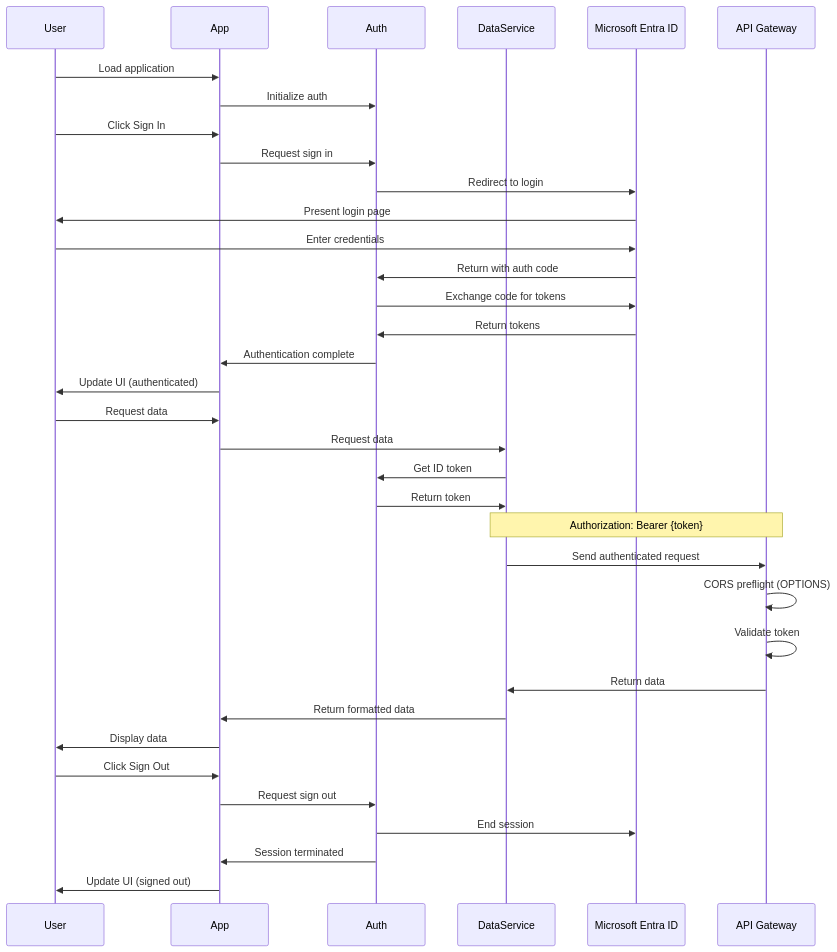
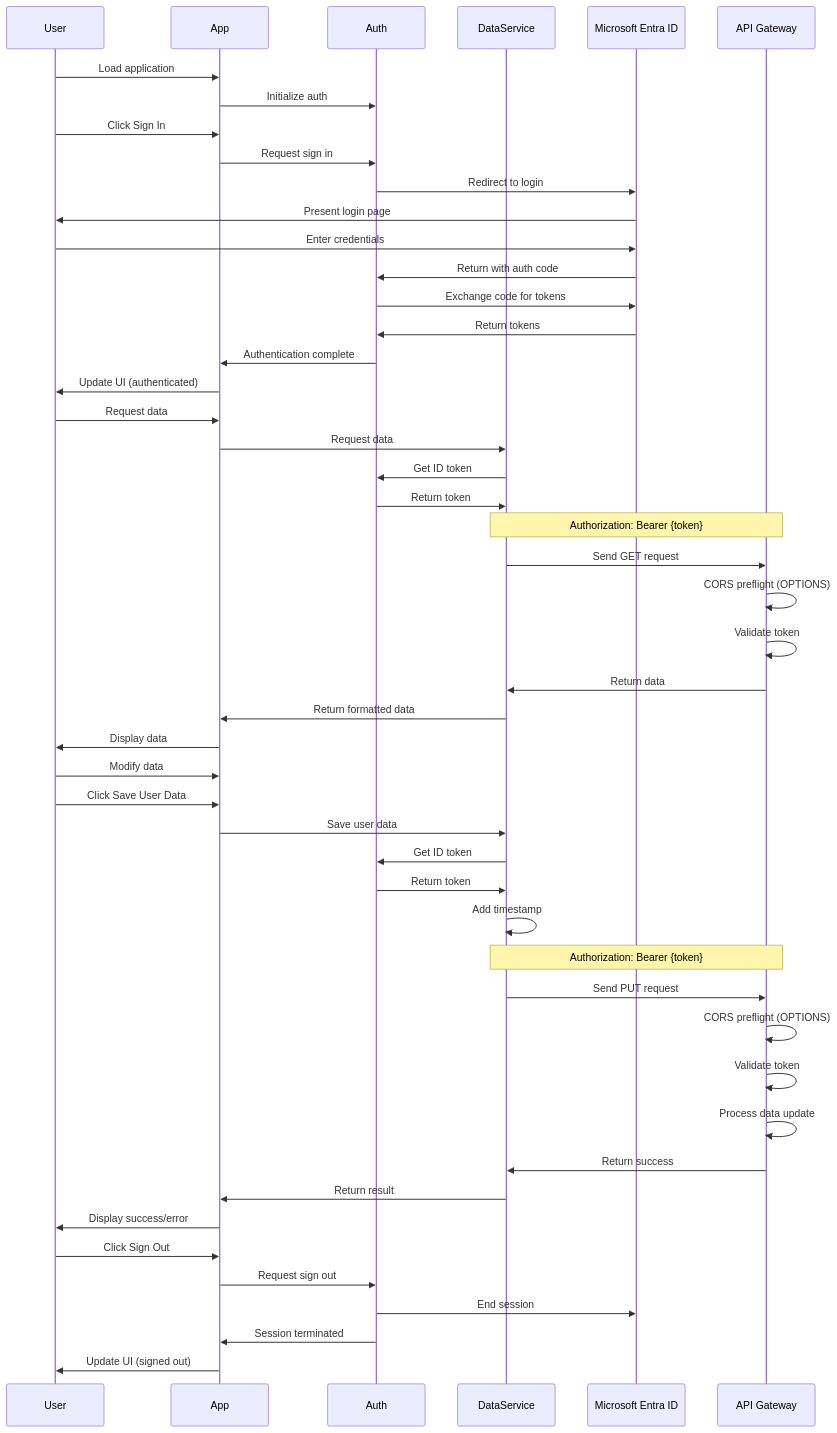
The second of 3 diagrams in architecture.md (lucasjellema/simple-authenticated-webapp), drawn with Mermaid before and after one commit. The commit also changed other lines of this file and 5 other files, not shown here.

Commit message:
Add save user specific data

````diff
--- a/architecture.md
+++ b/architecture.md
@@ -126,43 +141,60 @@
 ```mermaid
 sequenceDiagram
     participant User
     participant App
     participant Auth
     participant DataService
     participant EntraID as Microsoft Entra ID
     participant API as API Gateway
     
     User->>App: Load application
     App->>Auth: Initialize auth
     
     User->>App: Click Sign In
     App->>Auth: Request sign in
     Auth->>EntraID: Redirect to login
     EntraID->>User: Present login page
     User->>EntraID: Enter credentials
     EntraID->>Auth: Return with auth code
     Auth->>EntraID: Exchange code for tokens
     EntraID->>Auth: Return tokens
     Auth->>App: Authentication complete
     App->>User: Update UI (authenticated)
     
     User->>App: Request data
     App->>DataService: Request data
     DataService->>Auth: Get ID token
     Auth->>DataService: Return token
     
     Note over DataService,API: Authorization: Bearer {token}
     
-    DataService->>API: Send authenticated request
+    DataService->>API: Send GET request
     API->>API: CORS preflight (OPTIONS)
     API->>API: Validate token
     API->>DataService: Return data
     DataService->>App: Return formatted data
     App->>User: Display data
+    
+    User->>App: Modify data
+    User->>App: Click Save User Data
+    App->>DataService: Save user data
+    DataService->>Auth: Get ID token
+    Auth->>DataService: Return token
+    DataService->>DataService: Add timestamp
+    
+    Note over DataService,API: Authorization: Bearer {token}
+    
+    DataService->>API: Send PUT request
+    API->>API: CORS preflight (OPTIONS)
+    API->>API: Validate token
+    API->>API: Process data update
+    API->>DataService: Return success
+    DataService->>App: Return result
+    App->>User: Display success/error
 
     User->>App: Click Sign Out
     App->>Auth: Request sign out
     Auth->>EntraID: End session
     Auth->>App: Session terminated
     App->>User: Update UI (signed out)
 ```
````
